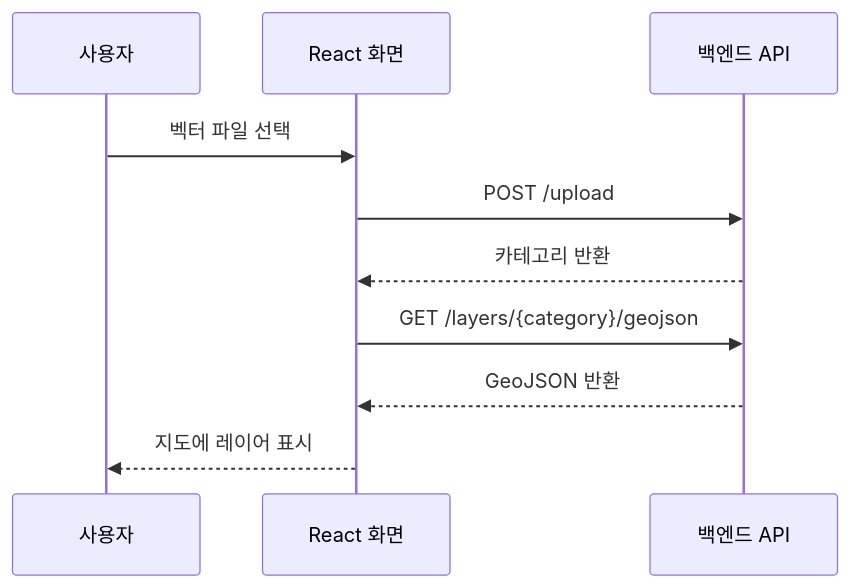
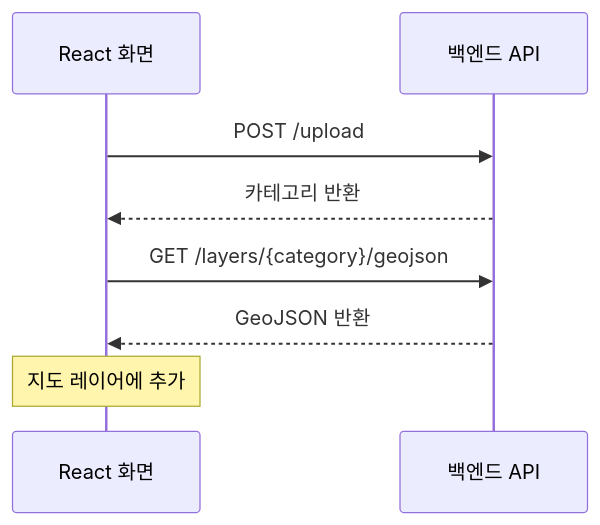
Before and after one commit to km-jun/p02-frontend-portfolio: the third of 3 diagrams in README.md, drawn with Mermaid. The commit also changed other lines of this file, not shown here.

````diff
--- a/README.md
+++ b/README.md
@@ -47,12 +125,10 @@
 ```mermaid
 sequenceDiagram
-    participant U as 사용자
     participant F as React 화면
     participant B as 백엔드 API
-    U->>F: 벡터 파일 선택
     F->>B: POST /upload
     B-->>F: 카테고리 반환
     F->>B: GET /layers/{category}/geojson
     B-->>F: GeoJSON 반환
-    F-->>U: 지도에 레이어 표시
+    Note over F: 지도 레이어에 추가
 ```
````
